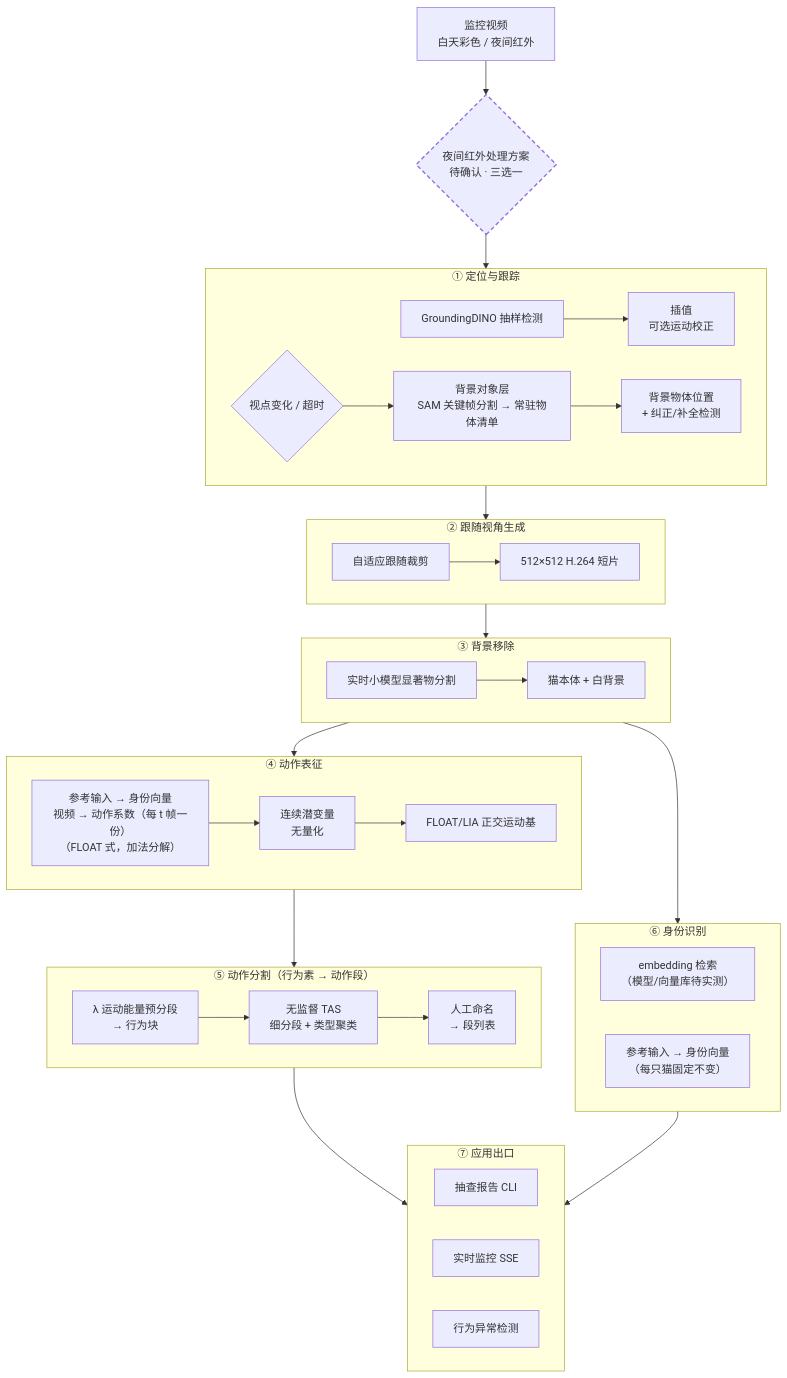
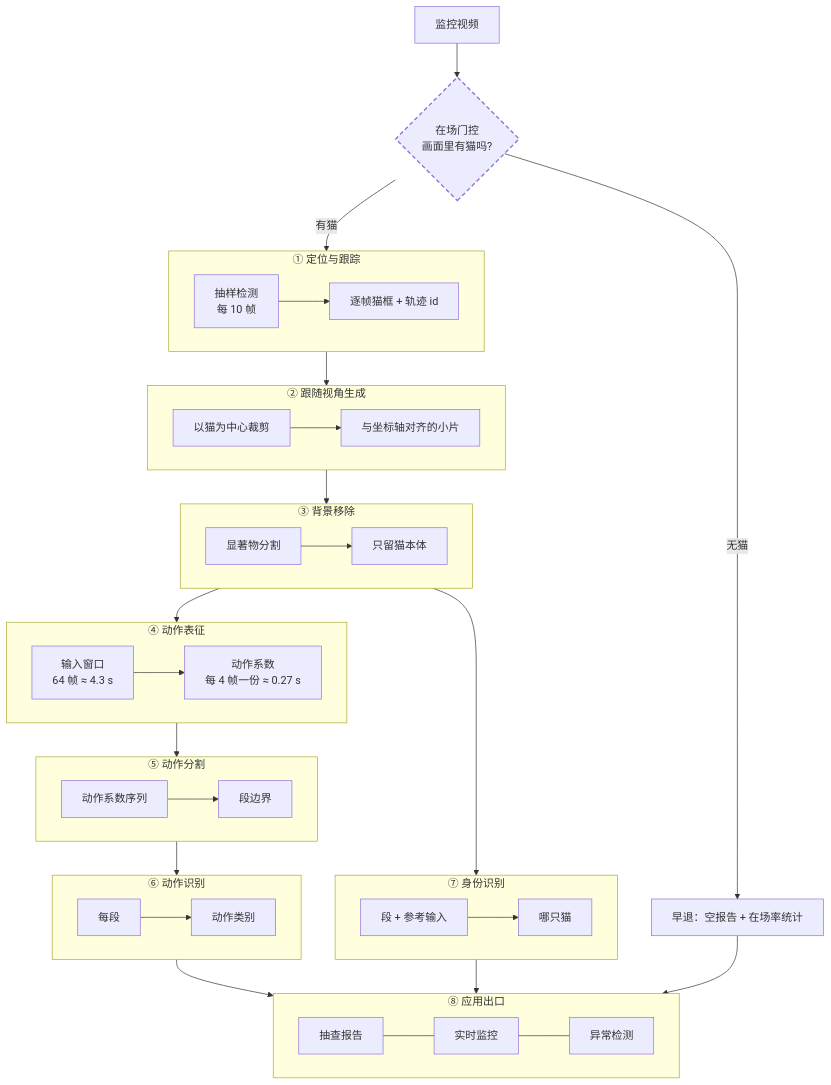
The second of 7 diagrams in management/docs/architecture.md (gongshangzheng/pet-action-recognition), drawn with Mermaid before and after one commit. The commit also changed other lines of this file and 15 other files, not shown here.

First line of the commit message:
fix(架构): 补「在场门控」+ 拆分「分割/识别」+ 总图去实现细节、补时间窗口契约

````diff
--- a/management/docs/architecture.md
+++ b/management/docs/architecture.md
@@ -846,53 +849,58 @@
 ```mermaid
 flowchart TD
-    V[监控视频<br/>白天彩色 / 夜间红外] --> IRQ{"夜间红外处理方案<br/>待确认 · 三选一"}
-    IRQ --> S1
+    V[监控视频] --> GATE{"在场门控<br/>画面里有猫吗?"}
+    GATE -->|"无猫"| EMPTY["早退：空报告 + 在场率统计"]
+    GATE -->|"有猫"| S1
 
     subgraph S1["① 定位与跟踪"]
-        A1[GroundingDINO 抽样检测] --> A2[插值<br/>可选运动校正]
-        T1{"视点变化 / 超时"} --> A3["背景对象层<br/>SAM 关键帧分割 → 常驻物体清单"]
-        A3 --> A4["背景物体位置<br/>+ 纠正/补全检测"]
+        direction LR
+        A1["抽样检测<br/>每 10 帧"] --> A2["逐帧猫框 + 轨迹 id"]
+    end
+
+    subgraph S2["② 跟随视角生成"]
+        direction LR
+        B1["以猫为中心裁剪"] --> B2["与坐标轴对齐的小片"]
+    end
+
+    subgraph S3["③ 背景移除"]
+        direction LR
+        C1["显著物分割"] --> C2["只留猫本体"]
+    end
+
+    subgraph S4["④ 动作表征"]
+        direction LR
+        D1["输入窗口<br/>64 帧 ≈ 4.3 s"] --> D2["动作系数<br/>每 4 帧一份 ≈ 0.27 s"]
+    end
+
+    subgraph S5["⑤ 动作分割"]
+        direction LR
+        G1["动作系数序列"] --> G2["段边界"]
+    end
+
+    subgraph S6["⑥ 动作识别"]
+        direction LR
+        H1["每段"] --> H2["动作类别"]
+    end
+
+    subgraph S7["⑦ 身份识别"]
+        direction LR
+        E1["段 + 参考输入"] --> E2["哪只猫"]
+    end
+
+    subgraph S8["⑧ 应用出口"]
+        direction LR
+        F1["抽查报告"] --- F2["实时监控"] --- F3["异常检测"]
     end
 
     S1 --> S2
+    S2 --> S3
+    S3 --> S4
+    S4 --> S5
+    S5 --> S6
+    S6 --> S8
+    S3 --> S7
+    S7 --> S8
+    EMPTY --> S8
 
-    subgraph S2["② 跟随视角生成"]
-        B1[自适应跟随裁剪] --> B2[512×512 H.264 短片]
-    end
-
-    S2 --> S3
-
-    subgraph S3["③ 背景移除"]
-        C1[实时小模型显著物分割] --> C2[猫本体 + 白背景]
-    end
-
-    S3 --> S4
-    S3 --> S6
-
-    subgraph S4["④ 动作表征"]
-        D1["参考输入 → 身份向量<br/>视频 → 动作系数（每 t 帧一份）<br/>（FLOAT 式，加法分解）"] --> D2[连续潜变量<br/>无量化]
-        D2 --> D3[FLOAT/LIA 正交运动基]
-    end
-
-    subgraph S5["⑤ 动作分割（行为素 → 动作段）"]
-        G1["λ 运动能量预分段<br/>→ 行为块"] --> G2["无监督 TAS<br/>细分段 + 类型聚类"]
-        G2 --> G3["人工命名<br/>→ 段列表"]
-    end
-
-    subgraph S6["⑥ 身份识别"]
-        E1["embedding 检索<br/>（模型/向量库待实测）"]
-        E2["参考输入 → 身份向量<br/>（每只猫固定不变）"]
-    end
-
-    S4 --> S5
-    S5 --> S7
-    S6 --> S7
-
-    subgraph S7["⑦ 应用出口"]
-        F1[抽查报告 CLI]
-        F2[实时监控 SSE]
-        F3[行为异常检测]
-    end
-
-    style IRQ stroke-dasharray: 6 4,stroke-width:2px
+    style GATE stroke-dasharray: 6 4,stroke-width:2px
 ```
````
